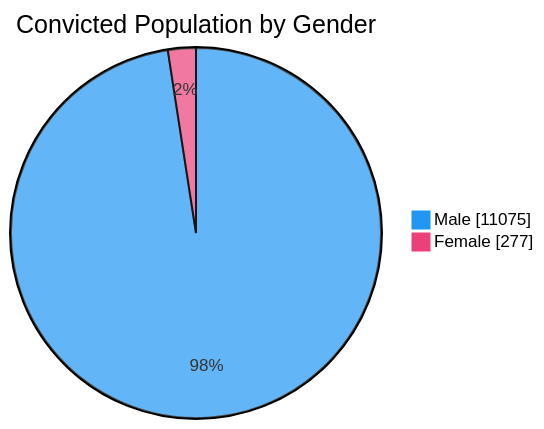
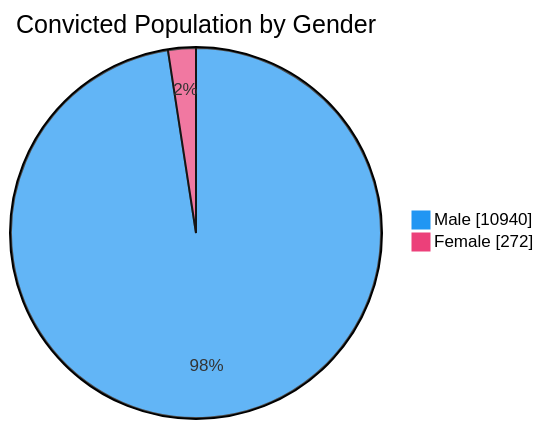
The third of 7 diagrams in README.md (nuuuwan/lk_prisons), drawn with Mermaid before and after one commit. The commit also changed other lines of this file and 1 other file, not shown here.

````diff
--- a/README.md
+++ b/README.md
@@ -65,6 +65,6 @@
 ```mermaid
 %%{init: {'themeVariables': {'pie1': '#2196F3', 'pie2': '#EC407A'}}}%%
 pie showData title Convicted Population by Gender
-    "Male" : 11075
-    "Female" : 277
+    "Male" : 10940
+    "Female" : 272
 ```
````
